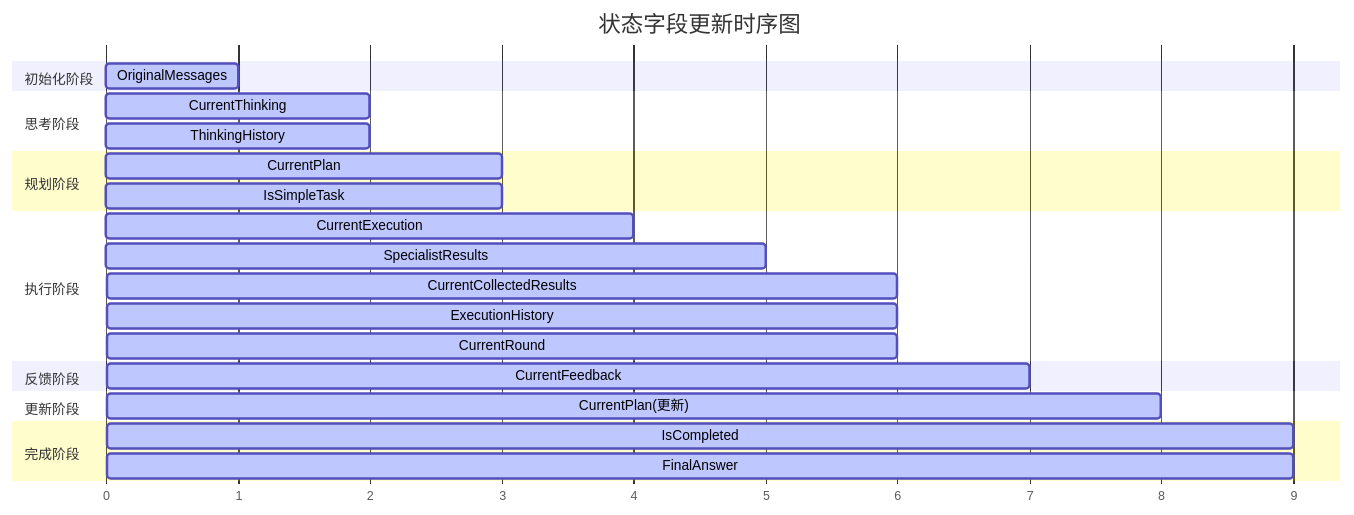
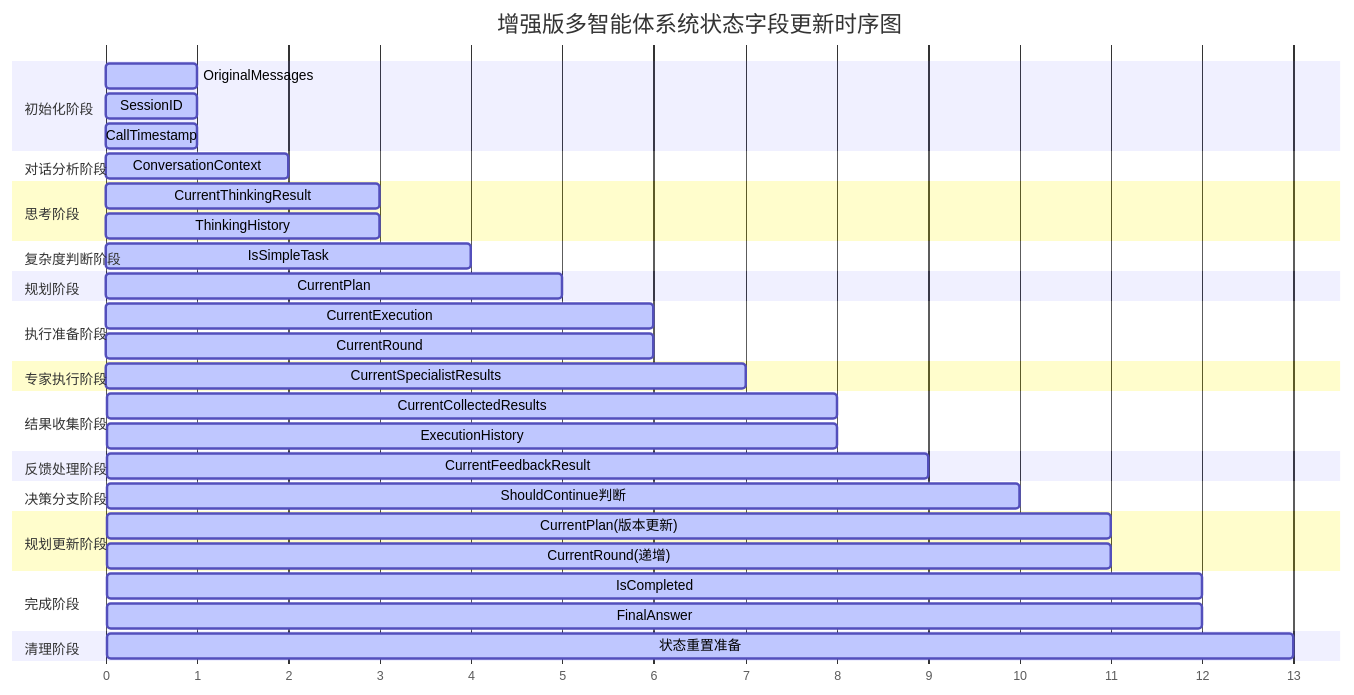
Before and after one commit to PGshen/thinking-map: the third of 4 diagrams in server/internal/agent/enhanced_multiagent/design_document.md, drawn with Mermaid. The commit also changed other lines of this file and 16 other files, not shown here.

````diff
--- a/server/internal/agent/enhanced_multiagent/design_document.md
+++ b/server/internal/agent/enhanced_multiagent/design_document.md
@@ -124,34 +152,52 @@
 ```mermaid
 gantt
-    title 状态字段更新时序图
+    title 增强版多智能体系统状态字段更新时序图
     dateFormat X
     axisFormat %s
     
     section 初始化阶段
-    OriginalMessages     :active, init1, 0, 1
+    OriginalMessages        :active, init1, 0, 1
+    SessionID              :active, init2, 0, 1
+    CallTimestamp          :active, init3, 0, 1
+    
+    section 对话分析阶段
+    ConversationContext    :active, conv1, 1, 2
     
     section 思考阶段
-    CurrentThinking      :active, think1, 1, 2
-    ThinkingHistory      :active, think2, 1, 2
+    CurrentThinkingResult  :active, think1, 2, 3
+    ThinkingHistory        :active, think2, 2, 3
+    
+    section 复杂度判断阶段
+    IsSimpleTask           :active, judge1, 3, 4
     
     section 规划阶段
-    CurrentPlan          :active, plan1, 2, 3
-    IsSimpleTask         :active, plan2, 2, 3
+    CurrentPlan            :active, plan1, 4, 5
     
-    section 执行阶段
-    CurrentExecution     :active, exec1, 3, 4
-    SpecialistResults    :active, exec2, 4, 5
-    CurrentCollectedResults :active, exec3, 5, 6
-    ExecutionHistory     :active, exec4, 5, 6
-    CurrentRound         :active, exec5, 5, 6
+    section 执行准备阶段
+    CurrentExecution       :active, exec1, 5, 6
+    CurrentRound           :active, exec2, 5, 6
     
-    section 反馈阶段
-    CurrentFeedback      :active, feed1, 6, 7
+    section 专家执行阶段
+    CurrentSpecialistResults :active, spec1, 6, 7
     
-    section 更新阶段
-    CurrentPlan(更新)    :active, update1, 7, 8
+    section 结果收集阶段
+    CurrentCollectedResults :active, collect1, 7, 8
+    ExecutionHistory       :active, collect2, 7, 8
+    
+    section 反馈处理阶段
+    CurrentFeedbackResult  :active, feed1, 8, 9
+    
+    section 决策分支阶段
+    ShouldContinue判断     :active, decision1, 9, 10
+    
+    section 规划更新阶段
+    CurrentPlan(版本更新)   :active, update1, 10, 11
+    CurrentRound(递增)     :active, update2, 10, 11
     
     section 完成阶段
-    IsCompleted          :active, final1, 8, 9
-    FinalAnswer          :active, final2, 8, 9
+    IsCompleted            :active, final1, 11, 12
+    FinalAnswer            :active, final2, 11, 12
+    
+    section 清理阶段
+    状态重置准备            :active, cleanup1, 12, 13
 ```
````
